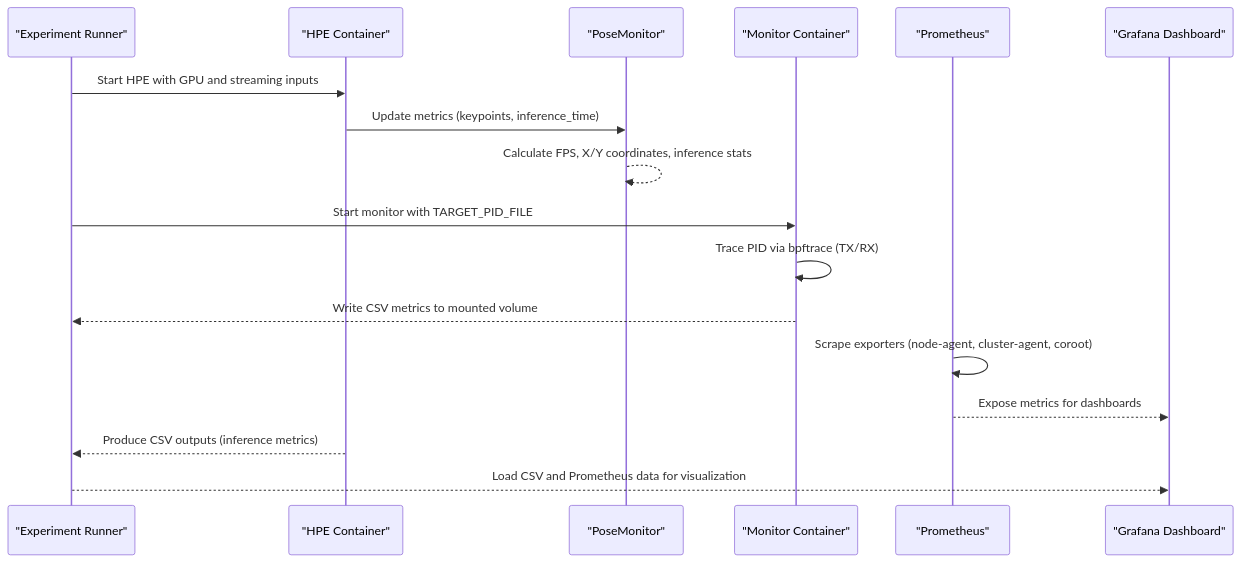
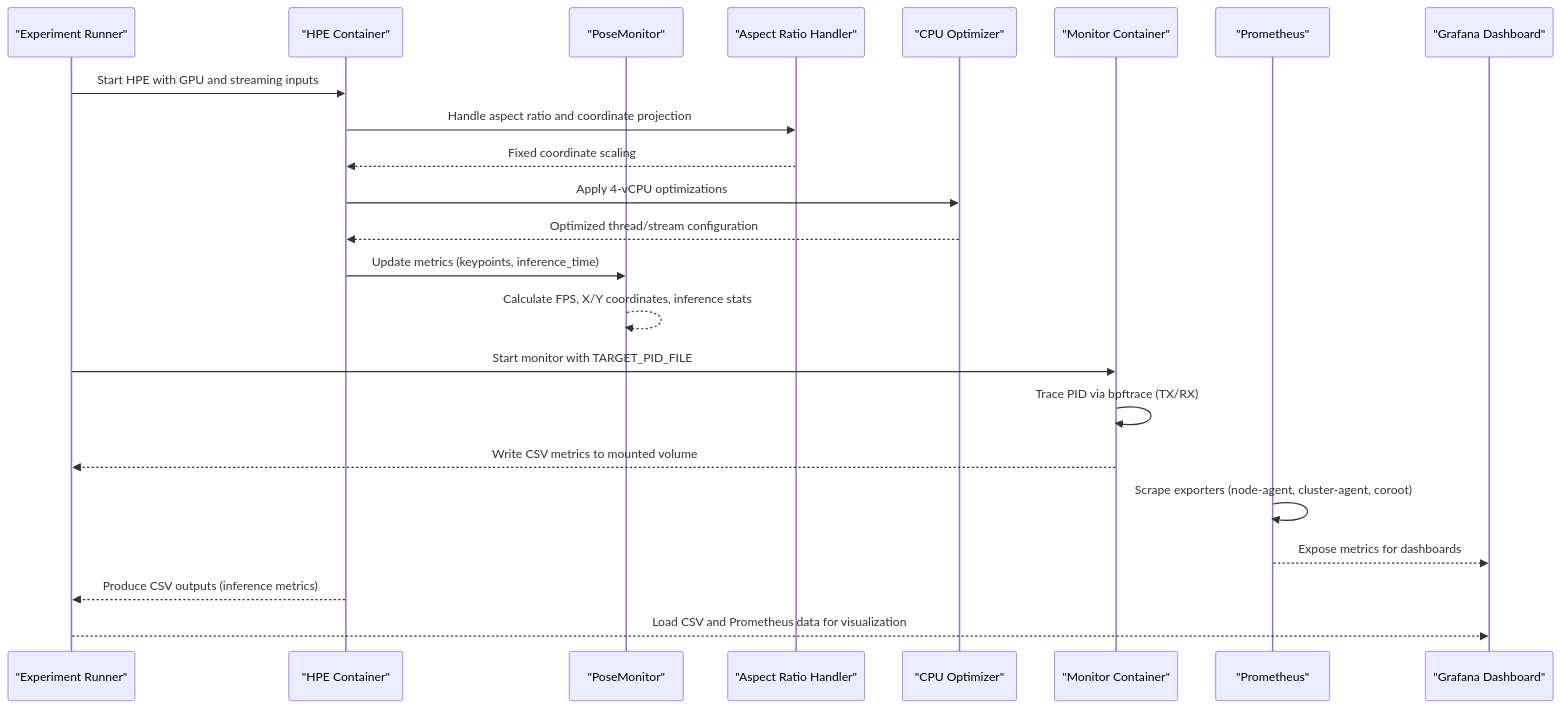
Before and after one commit to Fogus-Gr/MeasurementsDTs: the second of 9 diagrams in .qoder/repowiki/en/content/Monitoring and Analytics/Monitoring and Analytics.md, drawn with Mermaid. The commit also changed other lines of this file and 10 other files, not shown here.

````diff
--- a/.qoder/repowiki/en/content/Monitoring and Analytics/Monitoring and Analytics.md
+++ b/.qoder/repowiki/en/content/Monitoring and Analytics/Monitoring and Analytics.md
@@ -143,19 +185,25 @@
 ```mermaid
 sequenceDiagram
 participant Exp as "Experiment Runner"
 participant HPE as "HPE Container"
 participant PM as "PoseMonitor"
+participant AR as "Aspect Ratio Handler"
+participant CPU as "CPU Optimizer"
 participant Mon as "Monitor Container"
 participant Prom as "Prometheus"
 participant Dash as "Grafana Dashboard"
 Exp->>HPE : Start HPE with GPU and streaming inputs
+HPE->>AR : Handle aspect ratio and coordinate projection
+AR-->>HPE : Fixed coordinate scaling
+HPE->>CPU : Apply 4-vCPU optimizations
+CPU-->>HPE : Optimized thread/stream configuration
 HPE->>PM : Update metrics (keypoints, inference_time)
 PM-->>PM : Calculate FPS, X/Y coordinates, inference stats
 Exp->>Mon : Start monitor with TARGET_PID_FILE
 Mon->>Mon : Trace PID via bpftrace (TX/RX)
 Mon-->>Exp : Write CSV metrics to mounted volume
 Prom->>Prom : Scrape exporters (node-agent, cluster-agent, coroot)
 Prom-->>Dash : Expose metrics for dashboards
 HPE-->>Exp : Produce CSV outputs (inference metrics)
 Exp-->>Dash : Load CSV and Prometheus data for visualization
 ```
````
